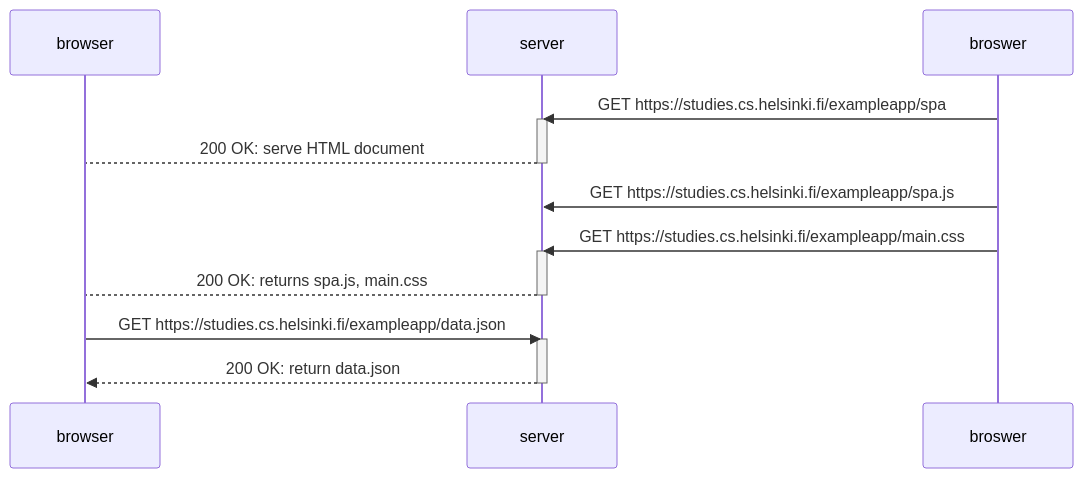
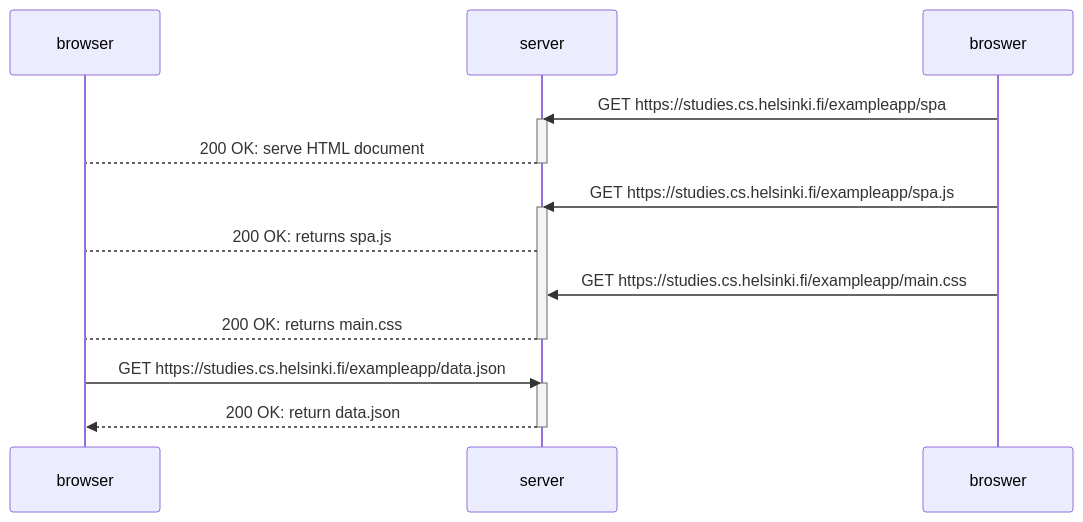
Before and after one commit to lolaler/fullstack: the diagram in part0/spa-diagram.md, drawn with Mermaid.

Commit message:
Update spa-diagram.md
fixed error

````diff
--- a/part0/spa-diagram.md
+++ b/part0/spa-diagram.md
@@ -1,23 +1,24 @@
 ```mermaid
 sequenceDiagram
     participant browser
     participant server
 
 
     broswer->>server: GET https://studies.cs.helsinki.fi/exampleapp/spa
     activate server
     server-->browser: 200 OK: serve HTML document
     deactivate server
 
     broswer->>server: GET https://studies.cs.helsinki.fi/exampleapp/spa.js
+    activate server
+    server-->browser: 200 OK: returns spa.js
     broswer->>server: GET https://studies.cs.helsinki.fi/exampleapp/main.css
-    activate server
-    server-->browser: 200 OK: returns spa.js, main.css
+    server-->browser: 200 OK: returns main.css
     deactivate server
 
     browser->>server: GET https://studies.cs.helsinki.fi/exampleapp/data.json
     activate server
     server-->>browser: 200 OK: return data.json
     deactivate server
 
 ```
````
